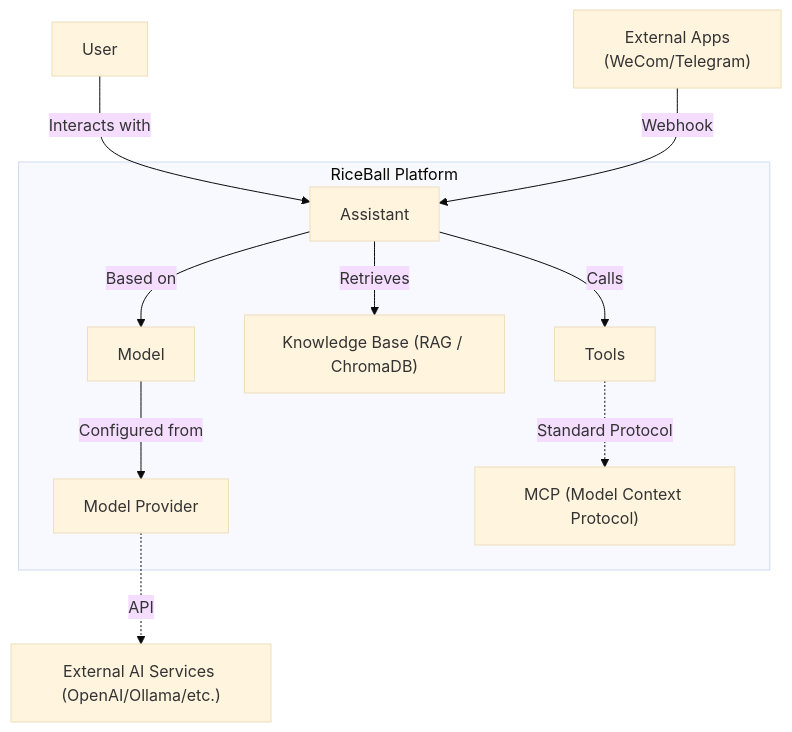
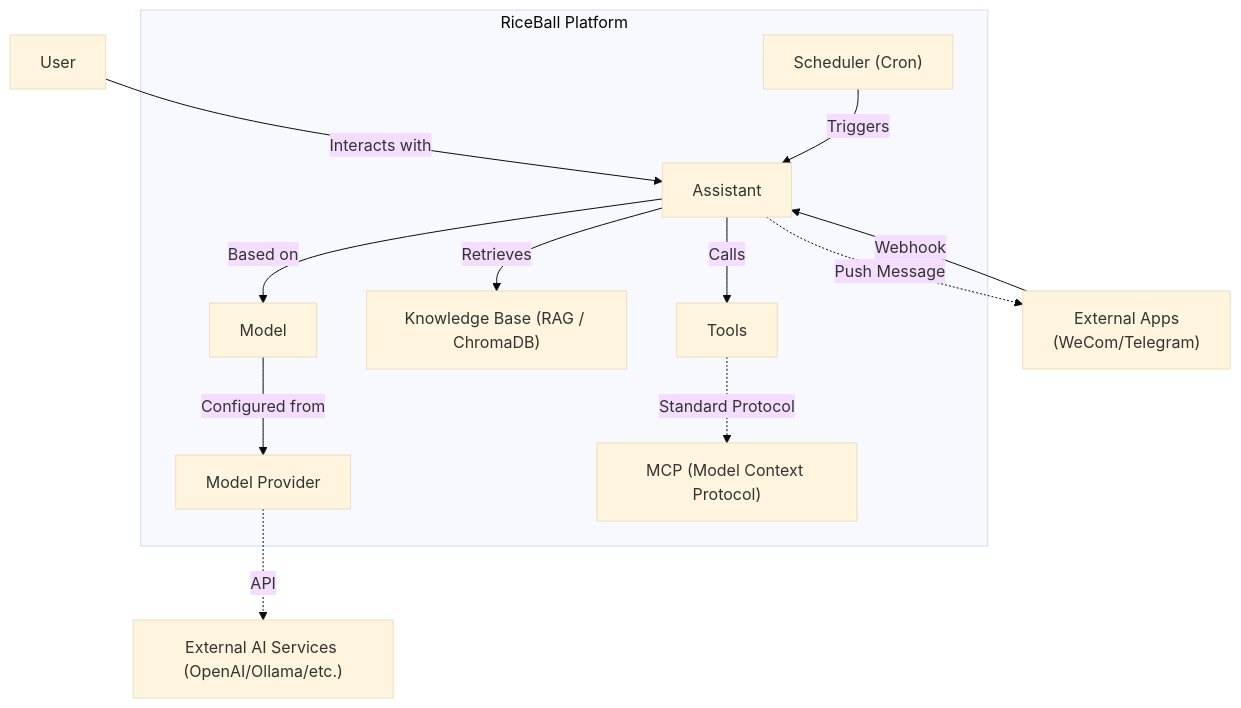
One commit to riceball-ai/riceball changed the diagram in README.md. Above: the diagram before and after it, drawn with Mermaid (base theme).

Commit message:
feat: add scheduler and message push interactions to architecture diagram

````diff
--- a/README.md
+++ b/README.md
@@ -12,16 +12,19 @@
 ```mermaid
 graph TD
     User["User"] -->|Interacts with| Assistant["Assistant"]
     
     subgraph "RiceBall Platform"
         Assistant -->|Based on| Model["Model"]
         Assistant -->|Retrieves| RAG["Knowledge Base (RAG / ChromaDB)"]
         Assistant -->|Calls| Tools["Tools"]
         
         Model -->|Configured from| Provider["Model Provider"]
         Tools -.->|Standard Protocol| MCP["MCP (Model Context Protocol)"]
+
+        Scheduler["Scheduler (Cron)"] -->|Triggers| Assistant
     end
     
     ExternalApps["External Apps<br/>(WeCom/Telegram)"] -->|Webhook| Assistant
+    Assistant -.->|Push Message| ExternalApps
     Provider -.->|API| ExternalServices["External AI Services (OpenAI/Ollama/etc.)"]
 ```
````
